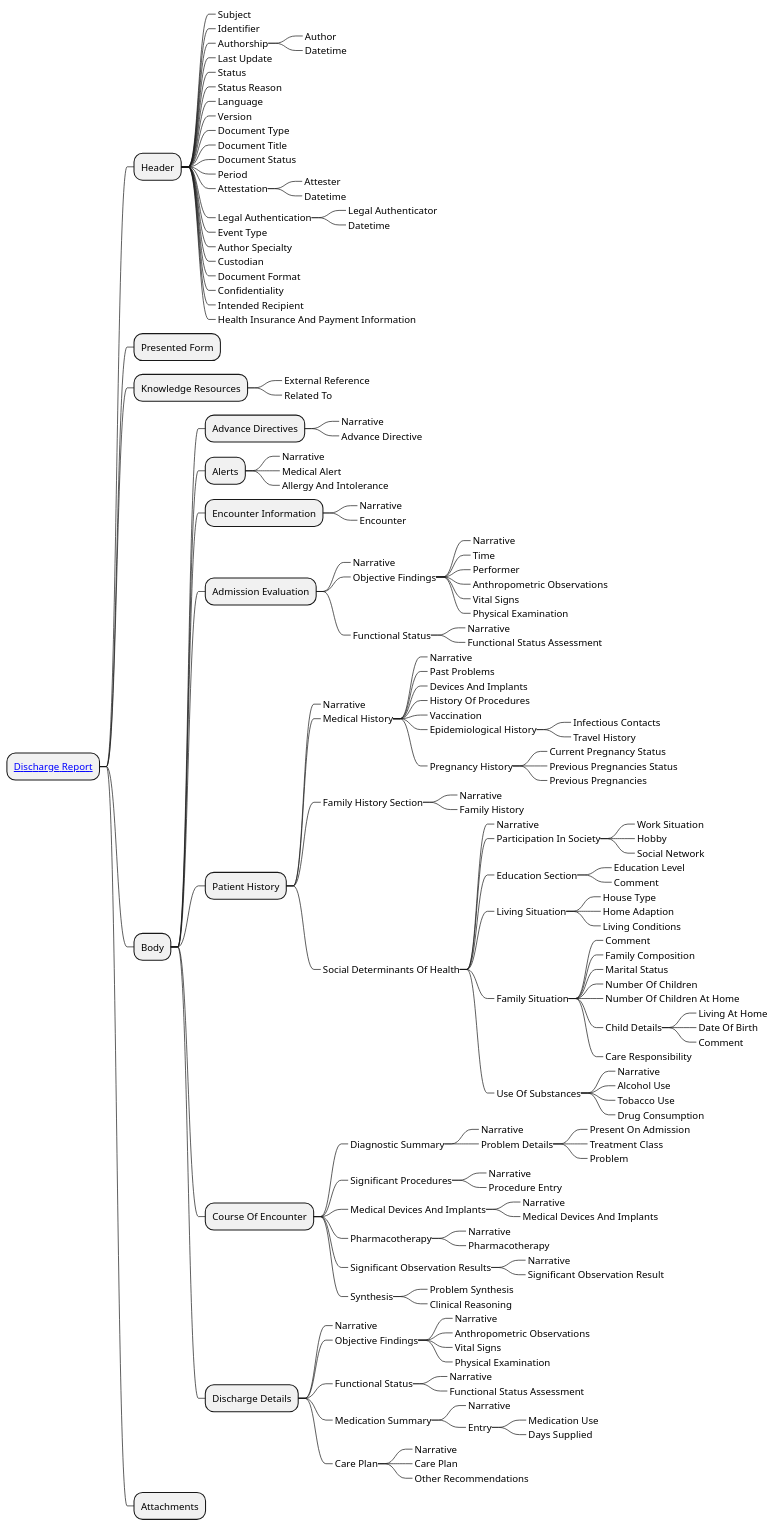
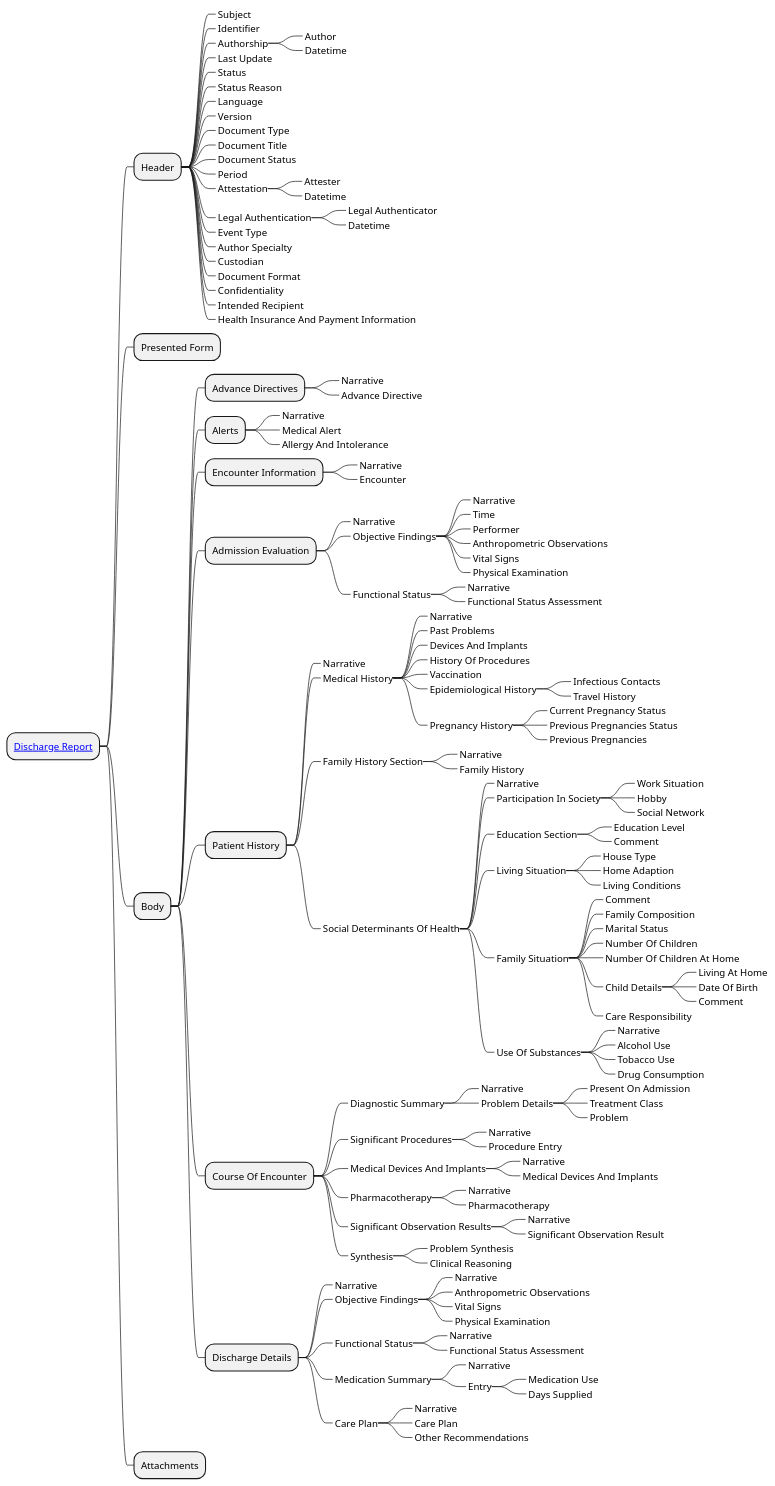
Before and after one commit to Xt-EHR/xt-ehr-common: the diagram in input/images-source/EHDSDischargeReport.plantuml, drawn with PlantUML.

Commit message:
remove KR from DR figure

```diff
--- a/input/images-source/EHDSDischargeReport.plantuml
+++ b/input/images-source/EHDSDischargeReport.plantuml
@@ -1,149 +1,146 @@
 @startmindmap
 skinparam topurl StructureDefinition-
 
 * [[EHDSDischargeReport.html Discharge Report]]
 ** Header
 ***_ Subject
 ***_ Identifier
 ***_ Authorship
 ****_ Author
 ****_ Datetime
 ***_ Last Update
 ***_ Status
 ***_ Status Reason
 ***_ Language
 ***_ Version
 ***_ Document Type
 ***_ Document Title
 ***_ Document Status
 ***_ Period
 ***_ Attestation
 ****_ Attester
 ****_ Datetime
 ***_ Legal Authentication
 ****_ Legal Authenticator
 ****_ Datetime
 ***_ Event Type
 ***_ Author Specialty
 ***_ Custodian
 ***_ Document Format
 ***_ Confidentiality
 ***_ Intended Recipient
 ***_ Health Insurance And Payment Information
 ** Presented Form
-** Knowledge Resources
-***_ External Reference
-***_ Related To
 ** Body
 *** Advance Directives
 ****_ Narrative
 ****_ Advance Directive
 *** Alerts
 ****_ Narrative
 ****_ Medical Alert
 ****_ Allergy And Intolerance
 *** Encounter Information
 ****_ Narrative
 ****_ Encounter
 *** Admission Evaluation
 ****_ Narrative
 ****_ Objective Findings
 *****_ Narrative
 *****_ Time
 *****_ Performer
 *****_ Anthropometric Observations
 *****_ Vital Signs
 *****_ Physical Examination
 ****_ Functional Status
 *****_ Narrative
 *****_ Functional Status Assessment
 *** Patient History
 ****_ Narrative
 ****_ Medical History
 *****_ Narrative
 *****_ Past Problems
 *****_ Devices And Implants
 *****_ History Of Procedures
 *****_ Vaccination
 *****_ Epidemiological History
 ******_ Infectious Contacts
 ******_ Travel History
 *****_ Pregnancy History
 ******_ Current Pregnancy Status
 ******_ Previous Pregnancies Status
 ******_ Previous Pregnancies
 ****_ Family History Section
 *****_ Narrative
 *****_ Family History
 ****_ Social Determinants Of Health
 *****_ Narrative
 *****_ Participation In Society
 ******_ Work Situation
 ******_ Hobby
 ******_ Social Network
 *****_ Education Section
 ******_ Education Level
 ******_ Comment
 *****_ Living Situation
 ******_ House Type
 ******_ Home Adaption
 ******_ Living Conditions
 *****_ Family Situation
 ******_ Comment
 ******_ Family Composition
 ******_ Marital Status
 ******_ Number Of Children
 ******_ Number Of Children At Home
 ******_ Child Details
 *******_ Living At Home
 *******_ Date Of Birth
 *******_ Comment
 ******_ Care Responsibility
 *****_ Use Of Substances
 ******_ Narrative
 ******_ Alcohol Use
 ******_ Tobacco Use
 ******_ Drug Consumption
 *** Course Of Encounter
 ****_ Diagnostic Summary
 *****_ Narrative
 *****_ Problem Details
 ******_ Present On Admission
 ******_ Treatment Class
 ******_ Problem
 ****_ Significant Procedures
 *****_ Narrative
 *****_ Procedure Entry
 ****_ Medical Devices And Implants
 *****_ Narrative
 *****_ Medical Devices And Implants
 ****_ Pharmacotherapy
 *****_ Narrative
 *****_ Pharmacotherapy
 ****_ Significant Observation Results
 *****_ Narrative
 *****_ Significant Observation Result
 ****_ Synthesis
 *****_ Problem Synthesis
 *****_ Clinical Reasoning
 *** Discharge Details
 ****_ Narrative
 ****_ Objective Findings
 *****_ Narrative
 *****_ Anthropometric Observations
 *****_ Vital Signs
 *****_ Physical Examination
 ****_ Functional Status
 *****_ Narrative
 *****_ Functional Status Assessment
 ****_ Medication Summary
 *****_ Narrative
 *****_ Entry
 ******_ Medication Use
 ******_ Days Supplied
 ****_ Care Plan
 *****_ Narrative
 *****_ Care Plan
 *****_ Other Recommendations
 ** Attachments
 @endmindmap
```
